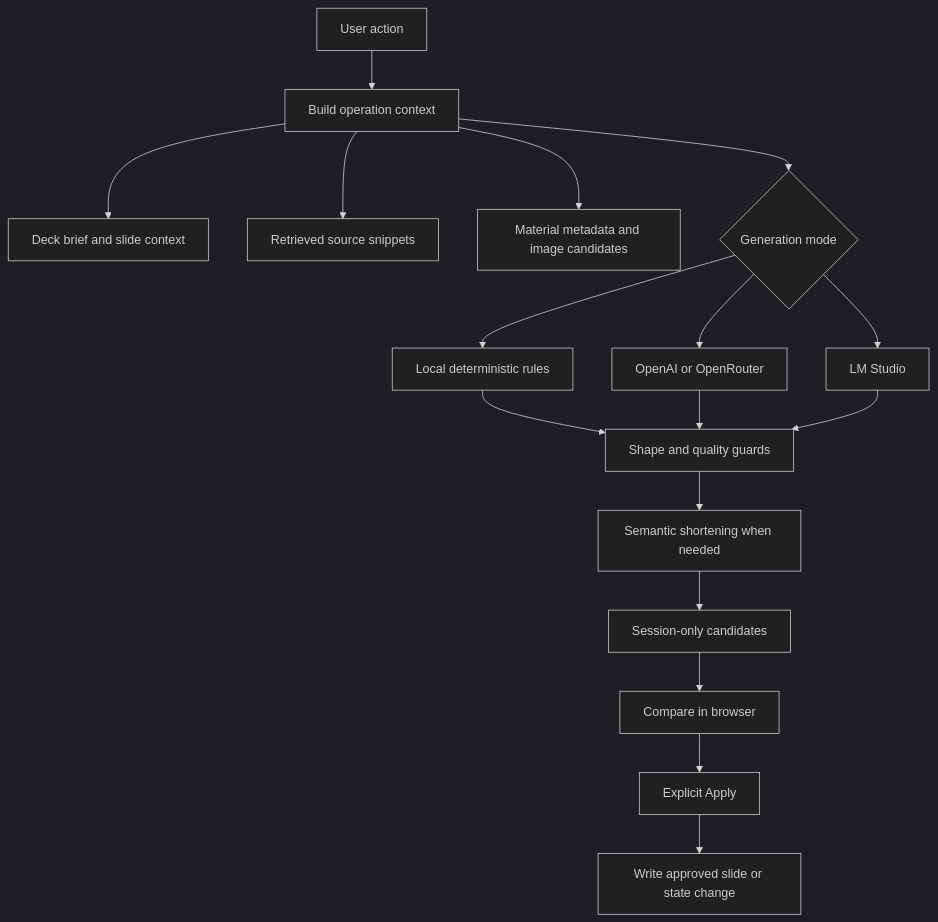
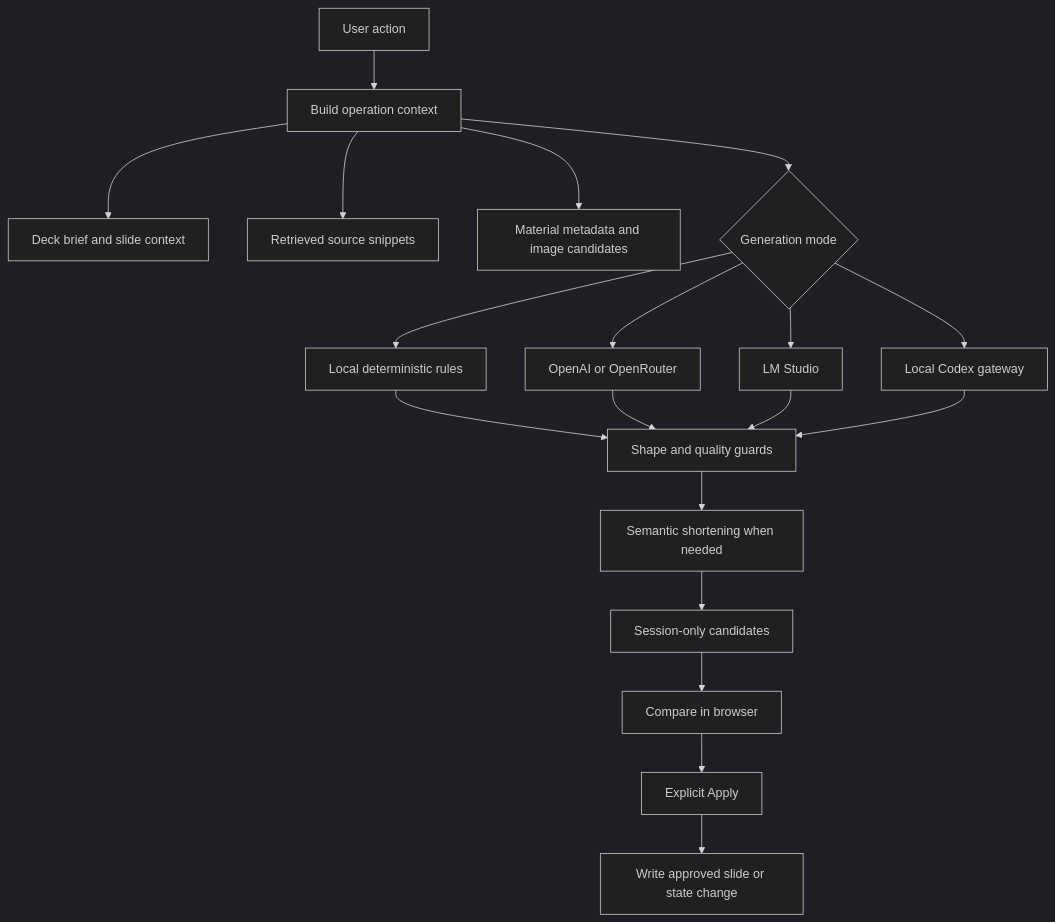
One commit to bebraw/slideotter changed the fourth of 5 diagrams in docs/ARCHITECTURE.md. Above: the diagram before and after it, drawn with Mermaid (dark theme). The commit also changed other lines of this file and 21 other files, not shown here.

Commit message:
feat: add local Codex gateway

````diff
--- a/docs/ARCHITECTURE.md
+++ b/docs/ARCHITECTURE.md
@@ -279,21 +289,23 @@
 ```mermaid
 flowchart TD
     action["User action"] --> context["Build operation context"]
     context --> brief["Deck brief and slide context"]
     context --> retrieved["Retrieved source snippets"]
     context --> materialPack["Material metadata and image candidates"]
     context --> provider{"Generation mode"}
 
     provider --> local["Local deterministic rules"]
     provider --> hosted["OpenAI or OpenRouter"]
     provider --> lmstudio["LM Studio"]
+    provider --> codexGateway["Local Codex gateway"]
 
     local --> repair["Shape and quality guards"]
     hosted --> repair
     lmstudio --> repair
+    codexGateway --> repair
     repair --> shorten["Semantic shortening when needed"]
     shorten --> candidates["Session-only candidates"]
     candidates --> compare["Compare in browser"]
     compare --> apply["Explicit Apply"]
     apply --> write["Write approved slide or state change"]
 ```
````
